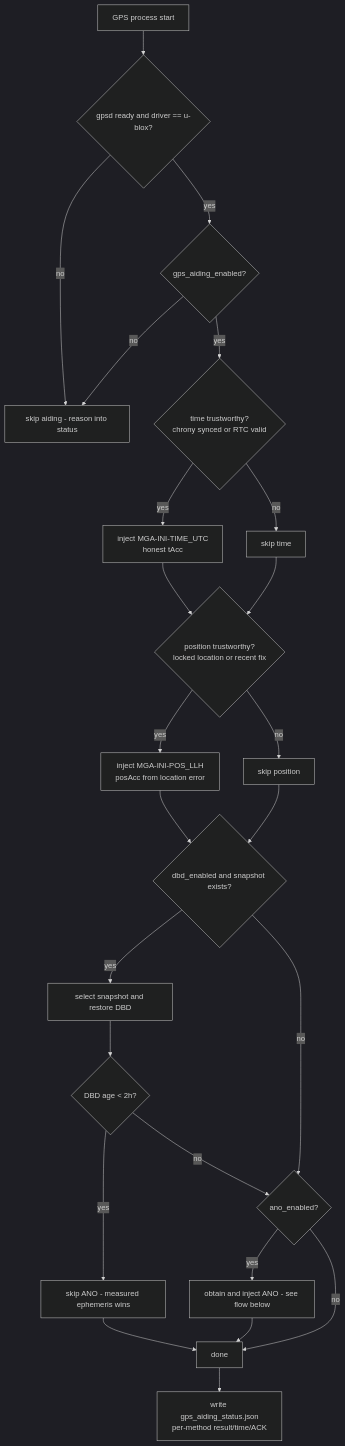
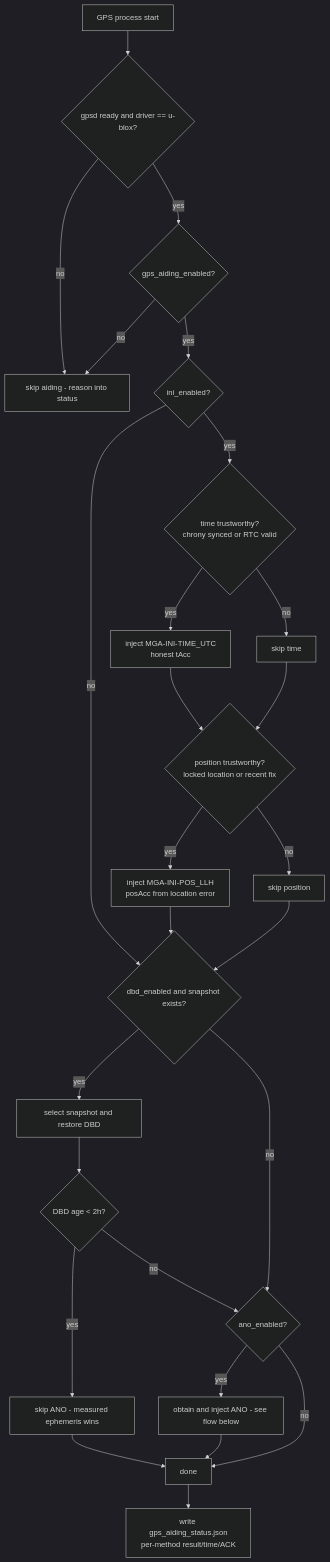
One commit to hjoungjoo/MF_PiFinder changed the first of 5 diagrams in docs/mf_gps_aiding_plan_en.md. Above: the diagram before and after it, drawn with Mermaid (dark theme). The commit also changed other lines of this file and 1 other file, not shown here.

First line of the commit message:
docs: make MGA-INI a user-selectable method in the GPS aiding plan

````diff
--- a/docs/mf_gps_aiding_plan_en.md
+++ b/docs/mf_gps_aiding_plan_en.md
@@ -102,26 +106,28 @@
 ```mermaid
 flowchart TD
     A[GPS process start] --> B{gpsd ready and driver == u-blox?}
     B -->|no| Z1[skip aiding - reason into status]
     B -->|yes| C{gps_aiding_enabled?}
     C -->|no| Z1
-    C -->|yes| D{time trustworthy?<br/>chrony synced or RTC valid}
+    C -->|yes| C2{ini_enabled?}
+    C2 -->|no| J
+    C2 -->|yes| D{time trustworthy?<br/>chrony synced or RTC valid}
     D -->|yes| E[inject MGA-INI-TIME_UTC<br/>honest tAcc]
     D -->|no| F[skip time]
     E --> G{position trustworthy?<br/>locked location or recent fix}
     F --> G
     G -->|yes| H[inject MGA-INI-POS_LLH<br/>posAcc from location error]
     G -->|no| I[skip position]
     H --> J{dbd_enabled and snapshot exists?}
     I --> J
     J -->|yes| K[select snapshot and restore DBD]
     J -->|no| L{ano_enabled?}
     K --> M{DBD age < 2h?}
     M -->|yes| N[skip ANO - measured ephemeris wins]
     M -->|no| L
     L -->|yes| O[obtain and inject ANO - see flow below]
     L -->|no| P[done]
     N --> P
     O --> P
     P --> Q[write gps_aiding_status.json<br/>per-method result/time/ACK]
 ```
````
